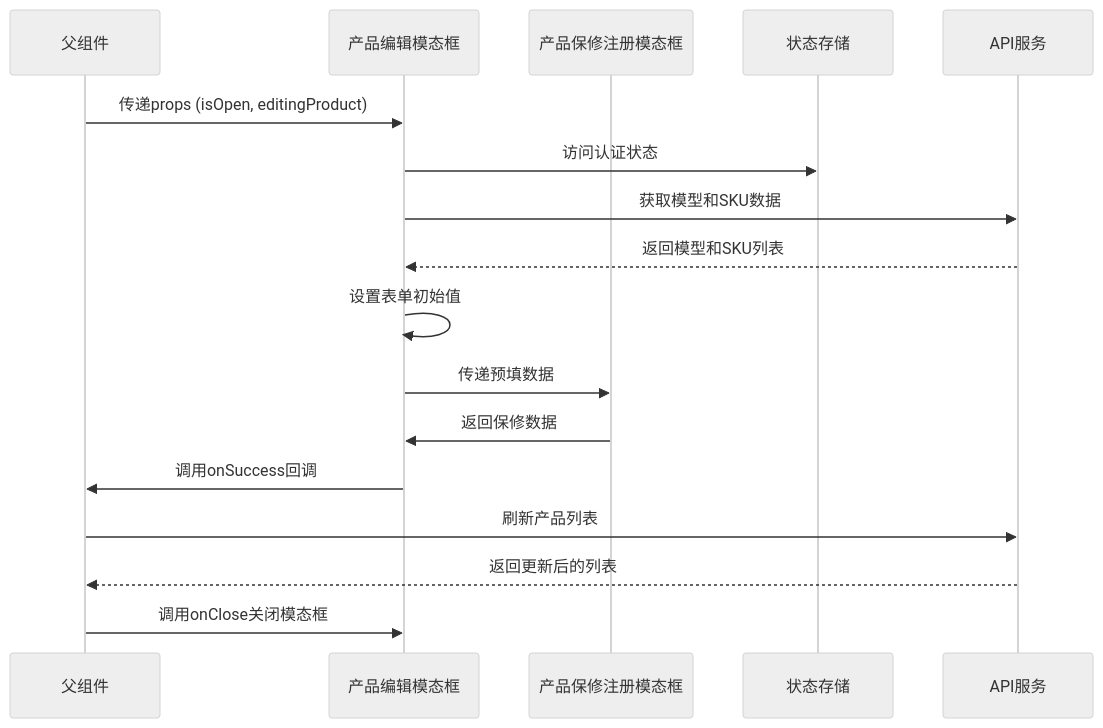
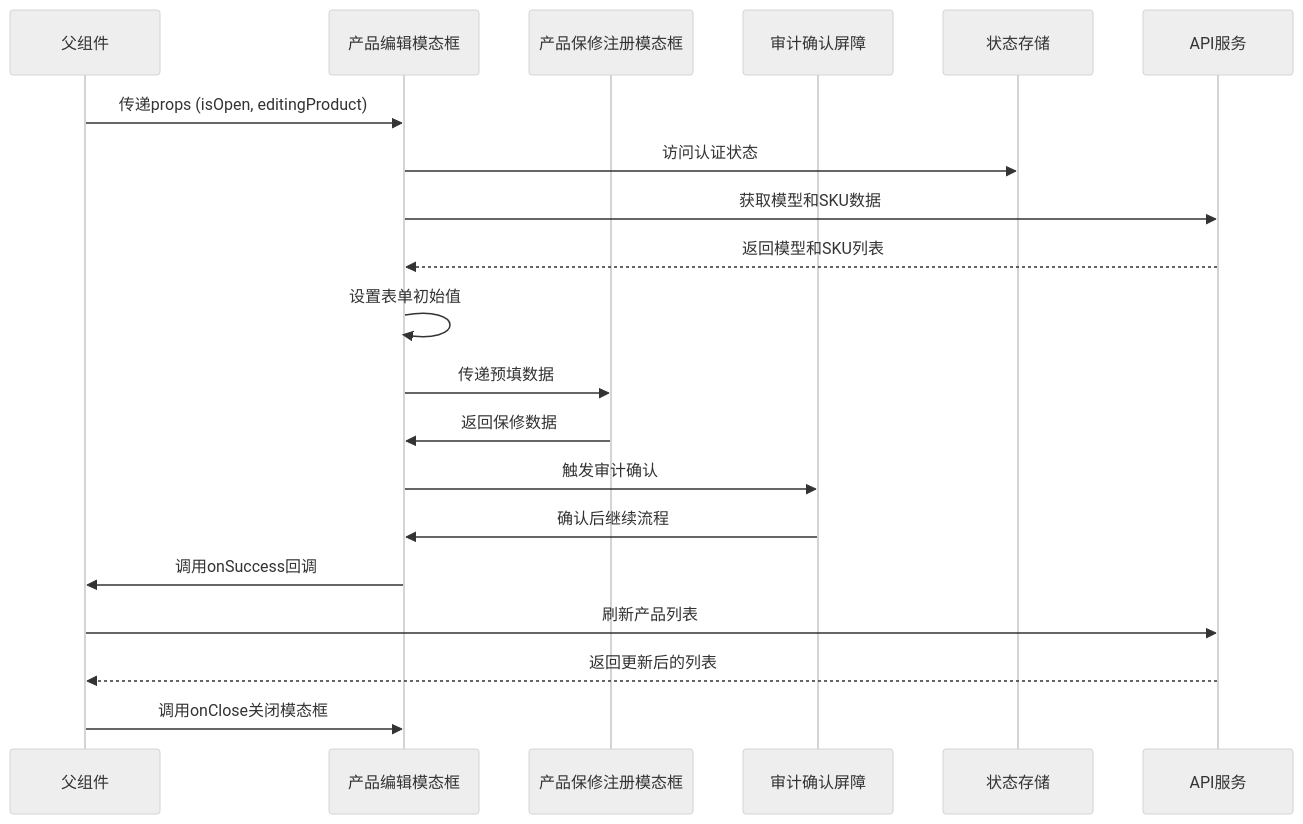
Diagram 19 of 19 in .qoder/repowiki/zh/content/前端组件架构/产品详情页面组件/产品编辑模态框.md (CubeEdge/Longhorn), drawn with Mermaid (neutral theme) before and after one commit. The commit also changed other lines of this file and 118 other files, not shown here.

````diff
--- a/.qoder/repowiki/zh/content/前端组件架构/产品详情页面组件/产品编辑模态框.md
+++ b/.qoder/repowiki/zh/content/前端组件架构/产品详情页面组件/产品编辑模态框.md
@@ -557,19 +741,22 @@
 ```mermaid
 sequenceDiagram
 participant Parent as 父组件
 participant Modal as 产品编辑模态框
 participant WarrantyModal as 产品保修注册模态框
+participant AuditBarrier as 审计确认屏障
 participant Store as 状态存储
 participant API as API服务
 Parent->>Modal : 传递props (isOpen, editingProduct)
 Modal->>Store : 访问认证状态
 Modal->>API : 获取模型和SKU数据
 API-->>Modal : 返回模型和SKU列表
 Modal->>Modal : 设置表单初始值
 Modal->>WarrantyModal : 传递预填数据
 WarrantyModal->>Modal : 返回保修数据
+Modal->>AuditBarrier : 触发审计确认
+AuditBarrier->>Modal : 确认后继续流程
 Modal->>Parent : 调用onSuccess回调
 Parent->>API : 刷新产品列表
 API-->>Parent : 返回更新后的列表
 Parent->>Modal : 调用onClose关闭模态框
 ```
````
